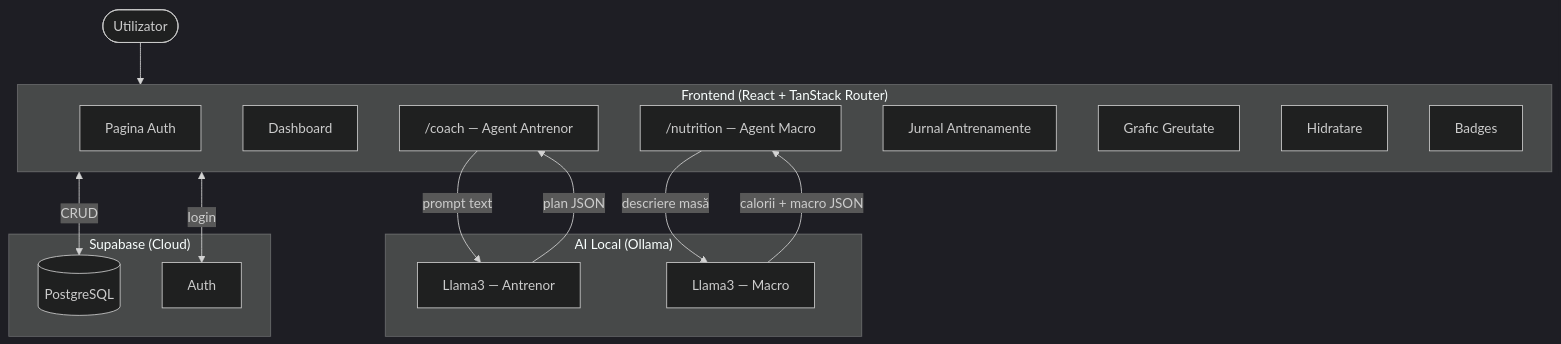
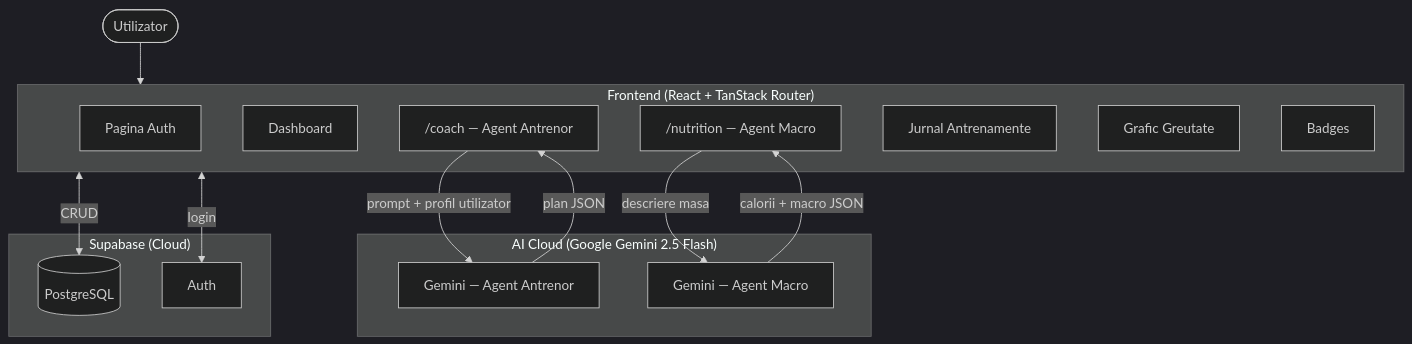
One commit to raduav1504/SmartSpotter-AI changed the diagram in docs/architecture.md. Above: the diagram before and after it, drawn with Mermaid (dark theme). The commit also changed other lines of this file and 1 other file, not shown here.

Commit message:
docs: update all references from Ollama/Llama3 to Gemini 2.5 Flash

````diff
--- a/docs/architecture.md
+++ b/docs/architecture.md
@@ -5,33 +5,32 @@
 ```mermaid
 graph TB
     User([Utilizator])
 
     subgraph Frontend["Frontend (React + TanStack Router)"]
         Auth[Pagina Auth]
         Dashboard[Dashboard]
         Coach["/coach — Agent Antrenor"]
         Nutrition["/nutrition — Agent Macro"]
         Workouts[Jurnal Antrenamente]
         Progress[Grafic Greutate]
-        Hydration[Hidratare]
         Badges[Badges]
     end
 
-    subgraph LocalAI["AI Local (Ollama)"]
-        Llama3A["Llama3 — Antrenor"]
-        Llama3B["Llama3 — Macro"]
+    subgraph GeminiCloud["AI Cloud (Google Gemini 2.5 Flash)"]
+        GeminiA["Gemini — Agent Antrenor"]
+        GeminiB["Gemini — Agent Macro"]
     end
 
     subgraph Supabase["Supabase (Cloud)"]
         DB[(PostgreSQL)]
         AuthSvc[Auth]
     end
 
     User --> Frontend
-    Coach -->|"prompt text"| Llama3A
-    Llama3A -->|"plan JSON"| Coach
-    Nutrition -->|"descriere masă"| Llama3B
-    Llama3B -->|"calorii + macro JSON"| Nutrition
+    Coach -->|"prompt + profil utilizator"| GeminiA
+    GeminiA -->|"plan JSON"| Coach
+    Nutrition -->|"descriere masa"| GeminiB
+    GeminiB -->|"calorii + macro JSON"| Nutrition
     Frontend <-->|"CRUD"| DB
     Frontend <-->|"login"| AuthSvc
 ```
````
